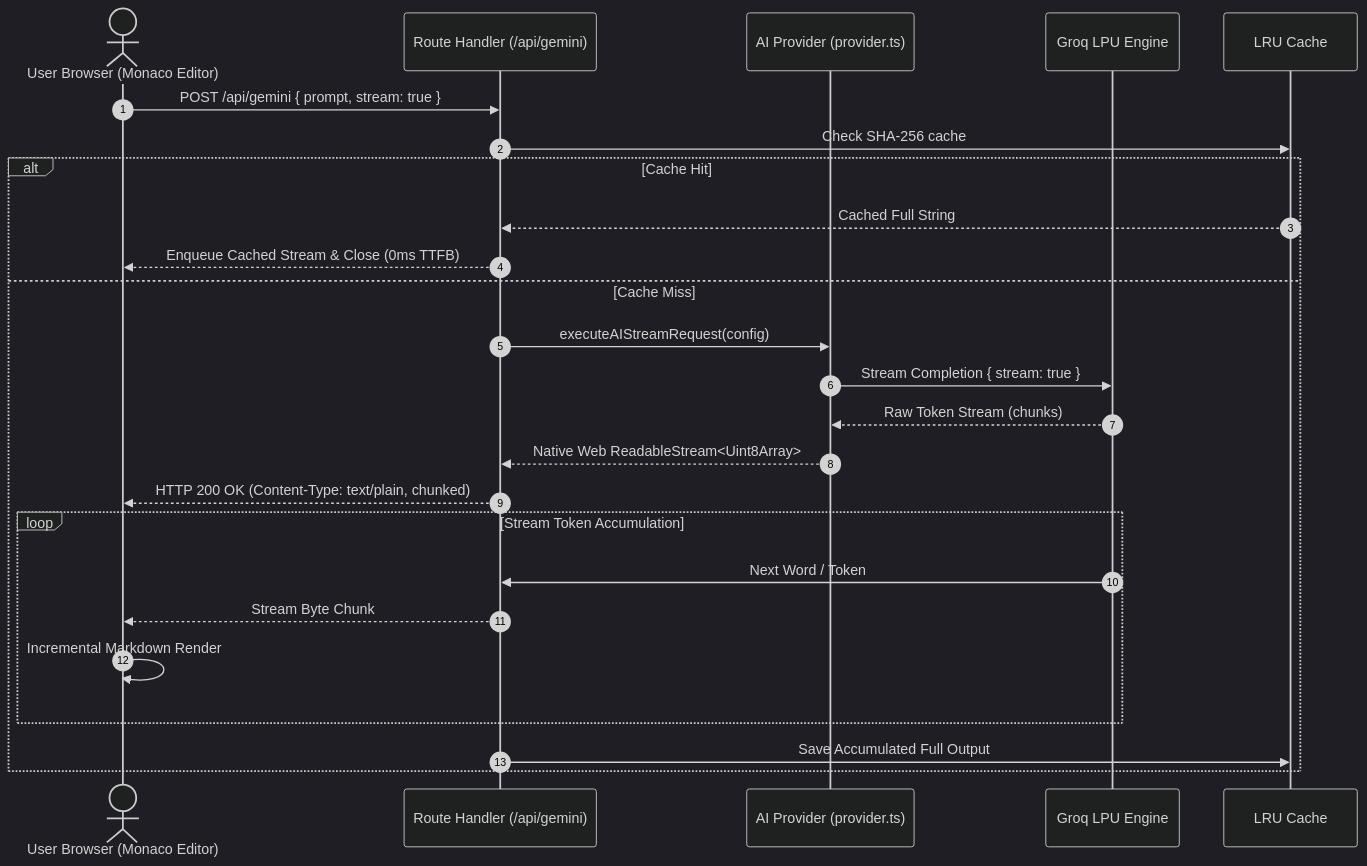
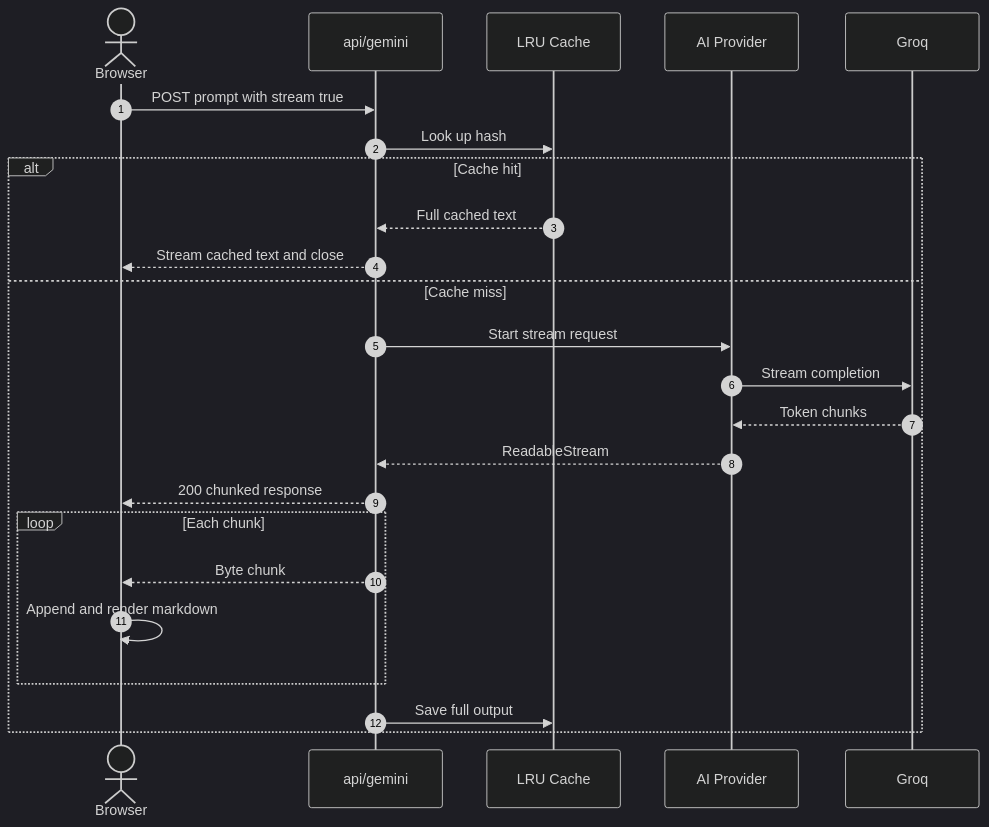
One commit to DevSars24/codeify changed the sixth of 19 diagrams in README.md. Above: the diagram before and after it, drawn with Mermaid (dark theme). The commit also changed other lines of this file, not shown here.

````diff
--- a/README.md
+++ b/README.md
@@ -324,28 +267,27 @@
 ```mermaid
 sequenceDiagram
     autonumber
-    actor User as User Browser (Monaco Editor)
-    participant Route as Route Handler (/api/gemini)
-    participant Provider as AI Provider (provider.ts)
-    participant Groq as Groq LPU Engine
+    actor User as Browser
+    participant Route as api/gemini
     participant Cache as LRU Cache
+    participant Provider as AI Provider
+    participant Groq as Groq
 
-    User->>Route: POST /api/gemini { prompt, stream: true }
-    Route->>Cache: Check SHA-256 cache
-    alt Cache Hit
-        Cache-->>Route: Cached Full String
-        Route-->>User: Enqueue Cached Stream & Close (0ms TTFB)
-    else Cache Miss
-        Route->>Provider: executeAIStreamRequest(config)
-        Provider->>Groq: Stream Completion { stream: true }
-        Groq-->>Provider: Raw Token Stream (chunks)
-        Provider-->>Route: Native Web ReadableStream<Uint8Array>
-        Route-->>User: HTTP 200 OK (Content-Type: text/plain, chunked)
-        loop Stream Token Accumulation
-            Groq->>Route: Next Word / Token
-            Route-->>User: Stream Byte Chunk
-            User->>User: Incremental Markdown Render
+    User->>Route: POST prompt with stream true
+    Route->>Cache: Look up hash
+    alt Cache hit
+        Cache-->>Route: Full cached text
+        Route-->>User: Stream cached text and close
+    else Cache miss
+        Route->>Provider: Start stream request
+        Provider->>Groq: Stream completion
+        Groq-->>Provider: Token chunks
+        Provider-->>Route: ReadableStream
+        Route-->>User: 200 chunked response
+        loop Each chunk
+            Route-->>User: Byte chunk
+            User->>User: Append and render markdown
         end
-        Route->>Cache: Save Accumulated Full Output
+        Route->>Cache: Save full output
     end
 ```
````
